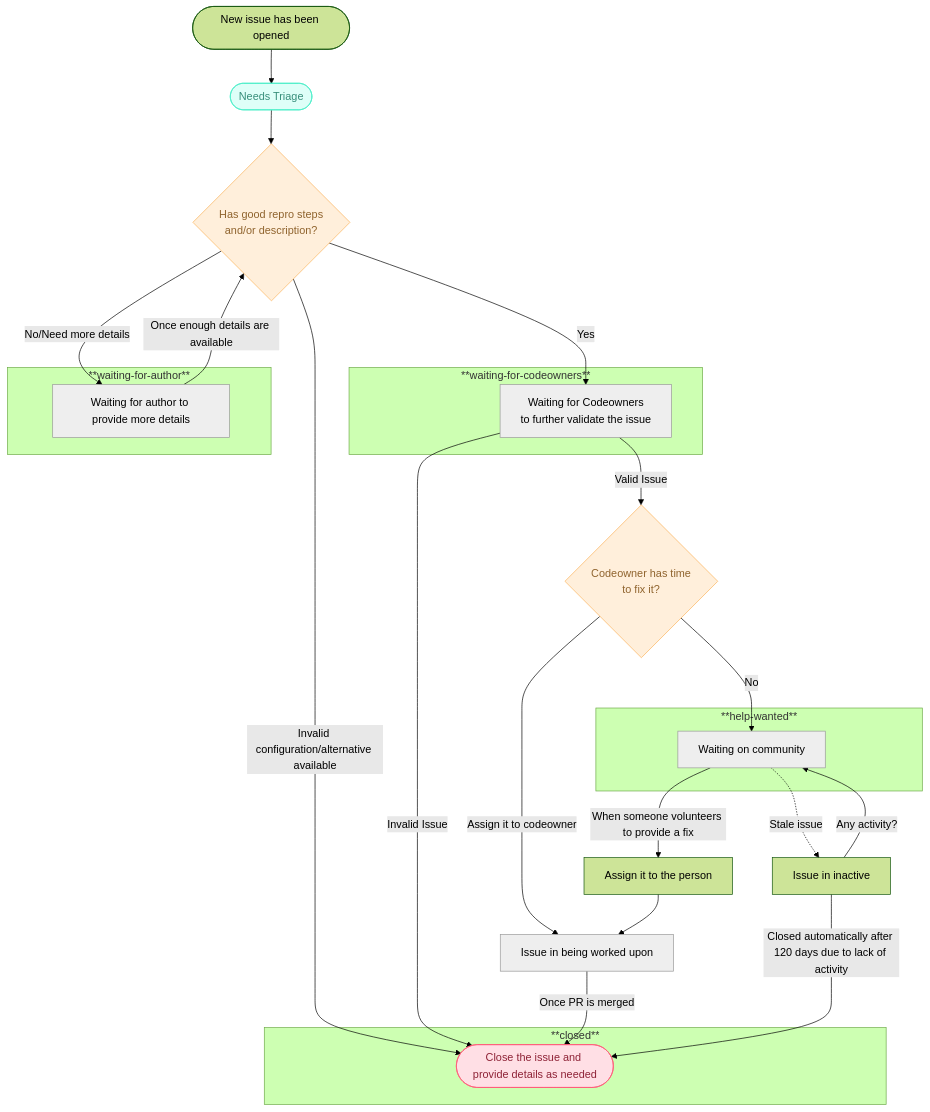
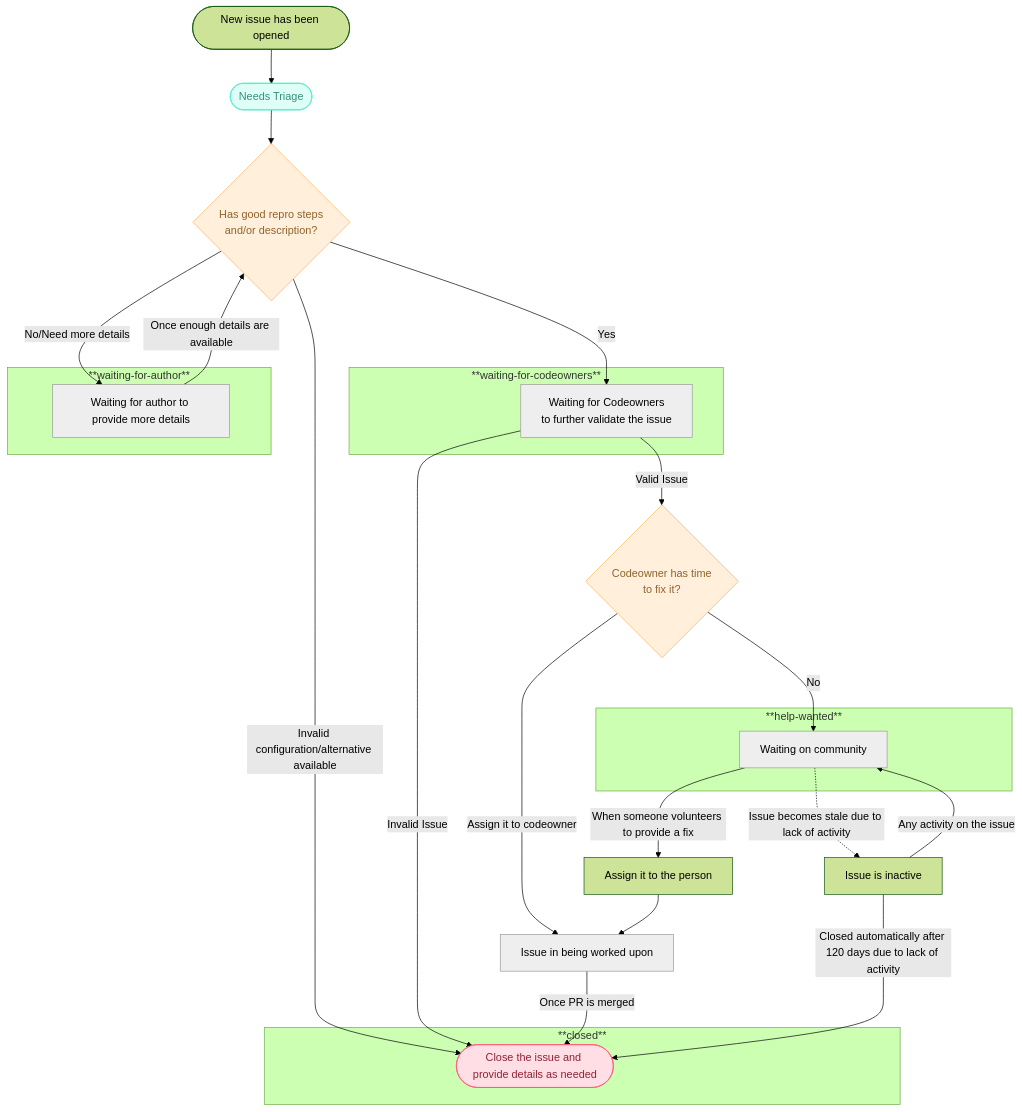
Before and after one commit to open-telemetry/opentelemetry-collector-contrib: the diagram in issue-triaging.md, drawn with Mermaid (forest theme).

Commit message:
comments

````diff
--- a/issue-triaging.md
+++ b/issue-triaging.md
@@ -79,50 +79,50 @@
 ```mermaid
 flowchart TD
     n0(["New issue has been opened"]) --> n1
     n1(["Needs Triage"]) --> n2["Has good repro steps <br>and/or description?"]
   subgraph graph2["**waiting-for-codeowners**"]
         n3["Waiting for Codeowners<br>to further validate the issue"]
   end
   subgraph graph3["**waiting-for-author**"]
         n4["Waiting for author to provide more details"]
   end
   subgraph graph4["**help-wanted**"]
         n8["Waiting on community"]
   end
   subgraph graph5["**closed**"]
         n10(["Close the issue and provide details as needed"])
   end
     n2 -- Yes --> n3
     n2 -- No/Need more details --> n4
     n2 -- Invalid configuration/alternative available --> n10
     n3 -- Invalid Issue --> n10
     n3 -- Valid Issue -->  n6["Codeowner has time<br>to fix it?"]
     n6 -- Assign it to codeowner --> n7["Issue in being worked upon"]
     n6 -- No --> n8
     n7 -- Once PR is merged --> n10
     n8 -- When someone volunteers to provide a fix --> n11["Assign it to the person"]
-    n12 -- Any activity? --> n8
-    n8 -. Stale issue .-> n12["Issue in inactive"]
+    n12 -- Any activity on the issue --> n8
+    n8 -. Issue becomes stale due to lack of activity .-> n12["Issue is inactive"]
     n11 --> n7
     n12 -- Closed automatically after 120 days due to lack of activity --> n10
     n4 -- Once enough details are available --> n2
 
     n3@{ shape: rect}
     n4@{ shape: rect}
     n2@{ shape: diam}
     n6@{ shape: diam}
 
      n1:::Aqua
      n3:::Ash
      n4:::Ash
      n8:::Ash
      n2:::Ash
      n2:::Peach
      n6:::Peach
      n7:::Ash
      n10:::Rose
     classDef Rose stroke-width:1px, stroke-dasharray:none, stroke:#FF5978, fill:#FFDFE5, color:#8E2236
     classDef Aqua stroke-width:1px, stroke-dasharray:none, stroke:#46EDC8, fill:#DEFFF8, color:#378E7A
     classDef Peach stroke-width:1px, stroke-dasharray:none, stroke:#FBB35A, fill:#FFEFDB, color:#8F632D
     classDef Ash stroke-width:1px, stroke-dasharray:none, stroke:#999999, fill:#EEEEEE, color:#000000
 ```
````
